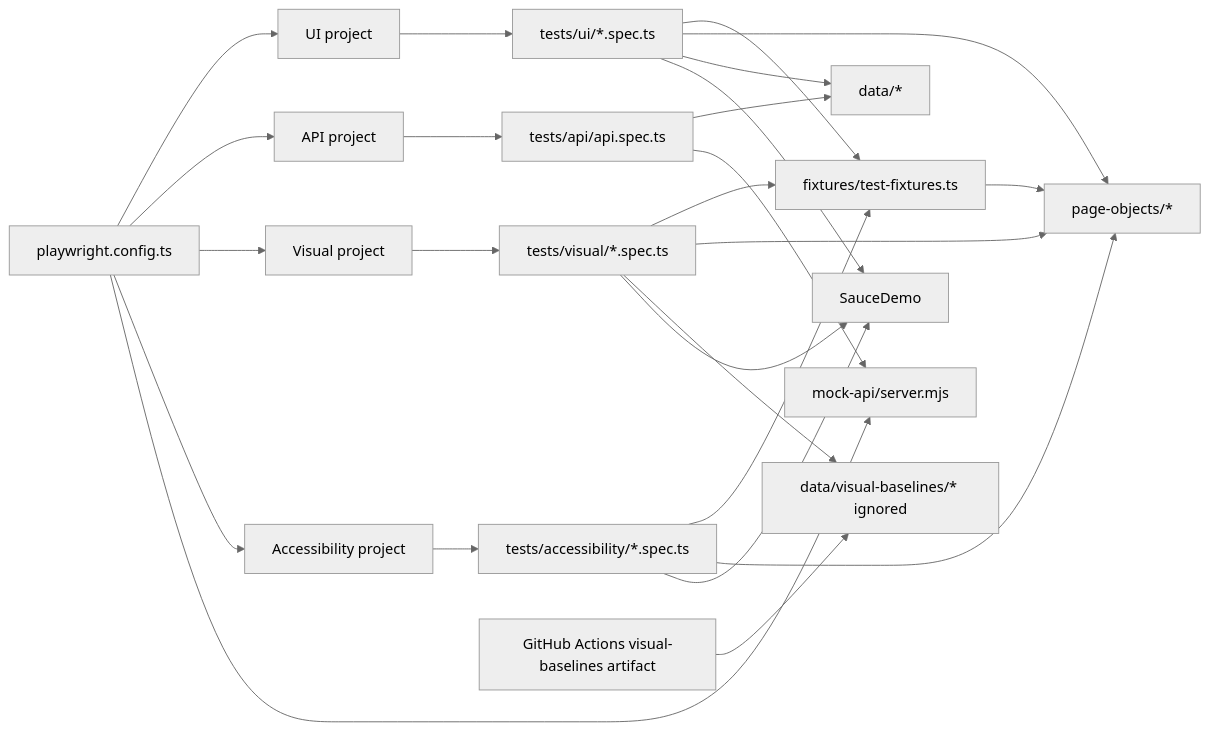
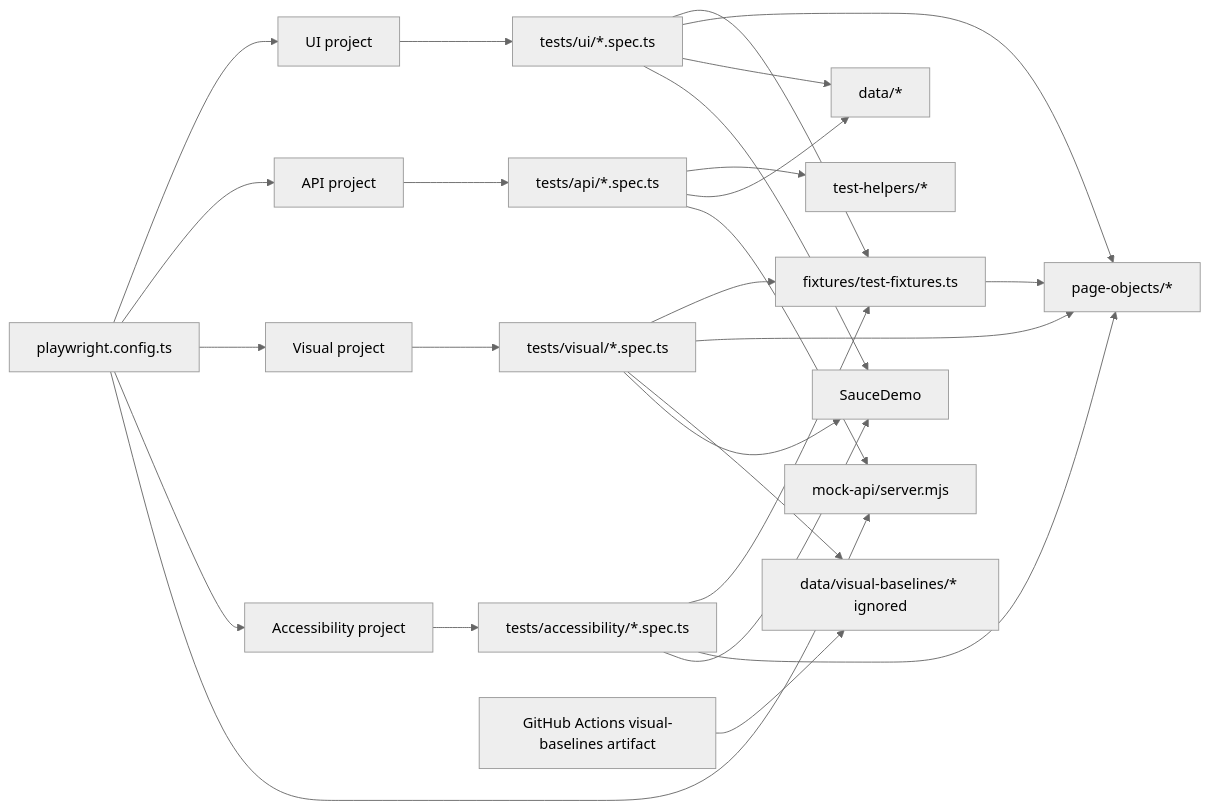
Before and after one commit to namthtran98/saucedemo-playwright: the diagram in docs/system-architecture.md, drawn with Mermaid (neutral theme). The commit also changed other lines of this file and 18 other files, not shown here.

Commit message:
test: add mock API contract coverage

````diff
--- a/docs/system-architecture.md
+++ b/docs/system-architecture.md
@@ -9,44 +9,46 @@
 ```mermaid
 flowchart LR
   Config[playwright.config.ts]
   UIProject[UI project]
   APIProject[API project]
   VisualProject[Visual project]
   AccessibilityProject[Accessibility project]
   SpecsUI[tests/ui/*.spec.ts]
-  SpecsAPI[tests/api/api.spec.ts]
+  SpecsAPI[tests/api/*.spec.ts]
   SpecsVisual[tests/visual/*.spec.ts]
   SpecsAccessibility[tests/accessibility/*.spec.ts]
   Fixtures[fixtures/test-fixtures.ts]
+  TestHelpers[test-helpers/*]
   POM[page-objects/*]
   Data[data/*]
   Baselines[data/visual-baselines/* ignored]
   Artifacts[GitHub Actions visual-baselines artifact]
   SauceDemo[SauceDemo]
   MockAPI[mock-api/server.mjs]
 
   Config --> UIProject
   Config --> APIProject
   Config --> VisualProject
   Config --> AccessibilityProject
   Config --> MockAPI
   Artifacts --> Baselines
   UIProject --> SpecsUI
   APIProject --> SpecsAPI
   VisualProject --> SpecsVisual
   AccessibilityProject --> SpecsAccessibility
   SpecsUI --> Fixtures
   SpecsVisual --> Fixtures
   SpecsAccessibility --> Fixtures
+  SpecsAPI --> TestHelpers
   Fixtures --> POM
   SpecsUI --> POM
   SpecsVisual --> POM
   SpecsAccessibility --> POM
   SpecsUI --> Data
   SpecsAPI --> Data
   SpecsVisual --> Baselines
   SpecsUI --> SauceDemo
   SpecsVisual --> SauceDemo
   SpecsAccessibility --> SauceDemo
   SpecsAPI --> MockAPI
 ```
````
